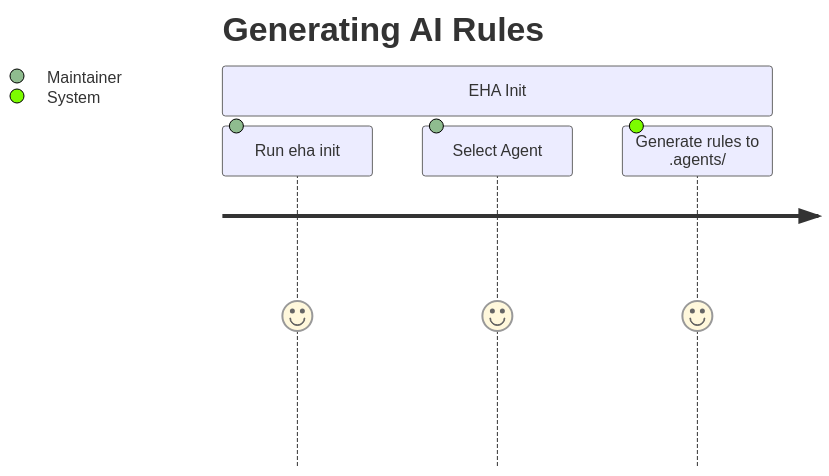
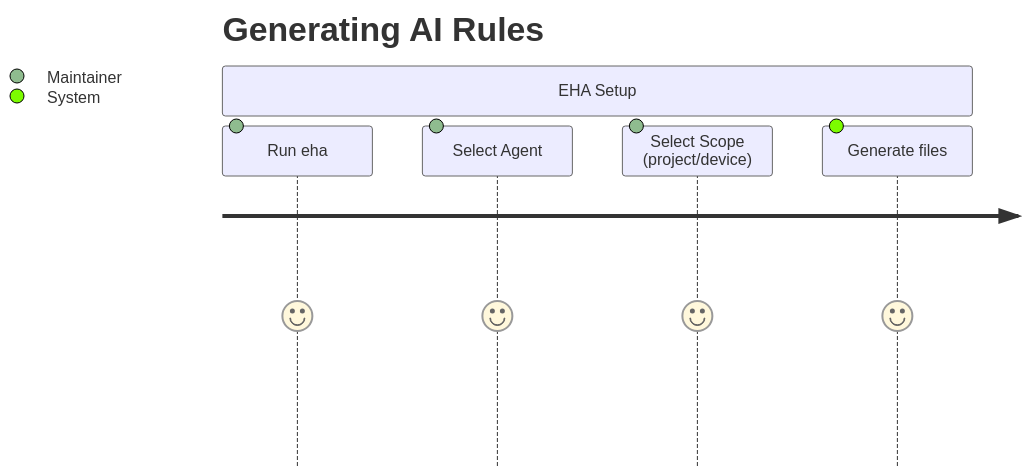
The first of 2 diagrams in docs/project-docs/foundation/prd.md (SallMarta/eye-hate-agent), drawn with Mermaid before and after one commit. The commit also changed other lines of this file and 14 other files, not shown here.

Commit message:
feat (1.0.10): introduce interactive CLI setup wizard, device-level installation scopes, and uninstall command

````diff
--- a/docs/project-docs/foundation/prd.md
+++ b/docs/project-docs/foundation/prd.md
@@ -55,8 +55,9 @@
 ```mermaid
 journey
     title Generating AI Rules
-    section EHA Init
-      Run eha init: 5: Maintainer
+    section EHA Setup
+      Run eha: 5: Maintainer
       Select Agent: 5: Maintainer
-      Generate rules to .agents/: 5: System
+      Select Scope (project/device): 5: Maintainer
+      Generate files: 5: System
 ```
````
